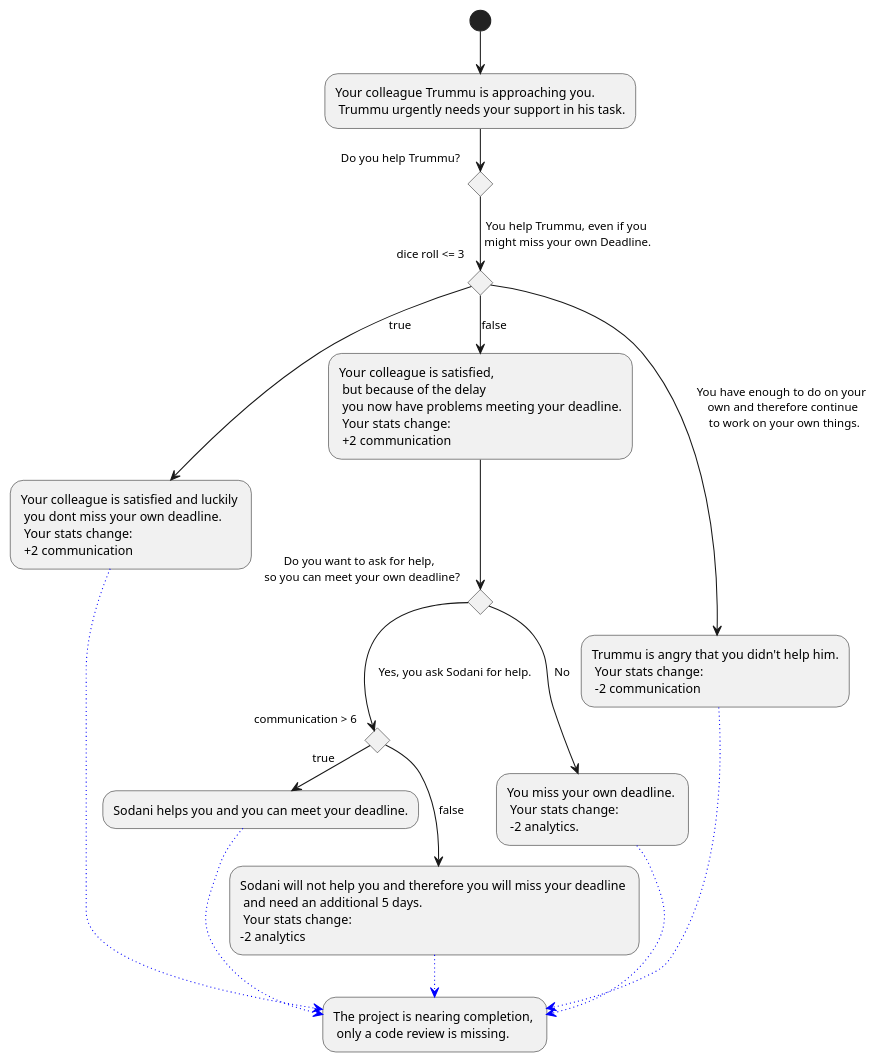
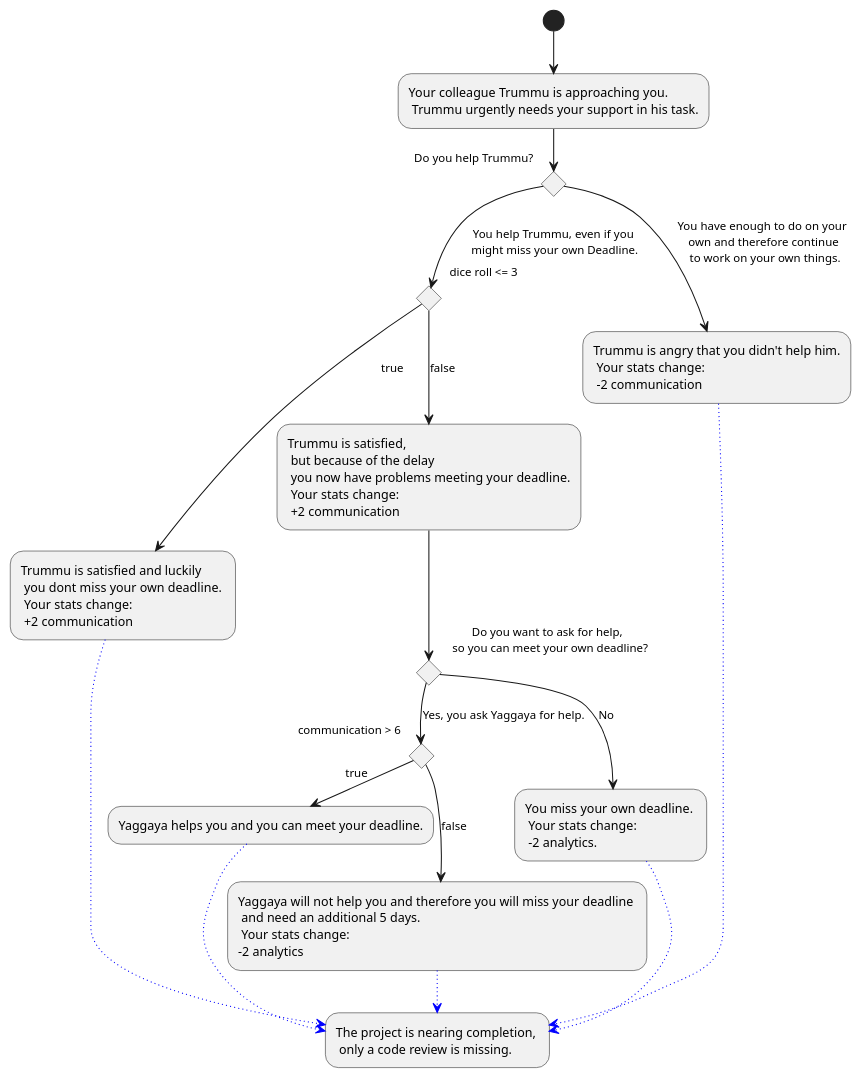
Before and after one commit to Brotenko/QualityQuest: the diagram in Docs/Technical Specifications/docs/diagrams/StoryFlow/StoryFlow_Decision_13.puml, drawn with PlantUML. The commit also changed 11 other files, not shown here.

```diff
--- a/Docs/Technical Specifications/docs/diagrams/StoryFlow/StoryFlow_Decision_13.puml
+++ b/Docs/Technical Specifications/docs/diagrams/StoryFlow/StoryFlow_Decision_13.puml
@@ -1,27 +1,28 @@
 @startuml
 (*) --> "Your colleague Trummu is approaching you.\n Trummu urgently needs your support in his task."
 if "Do you help Trummu?" then 
 --> [You help Trummu, even if you\n might miss your own Deadline.] if "dice roll <= 3" then
---> [true] "Your colleague is satisfied and luckily \n you dont miss your own deadline. \n Your stats change: \n +2 communication" as helpNoProblem
+--> [true] "Trummu is satisfied and luckily \n you dont miss your own deadline. \n Your stats change: \n +2 communication" as helpNoProblem
 else
---> [false] "Your colleague is satisfied, \n but because of the delay \n you now have problems meeting your deadline.\n Your stats change: \n +2 communication"
+--> [false] "Trummu is satisfied, \n but because of the delay \n you now have problems meeting your deadline.\n Your stats change: \n +2 communication"
 if "Do you want to ask for help, \n so you can meet your own deadline?" then 
 --> [No] "You miss your own deadline. \n Your stats change: \n -2 analytics." as alone
+
 else 
---> [Yes, you ask Sodani for help.]if "communication > 6" then 
+--> [Yes, you ask Yaggaya for help.]if "communication > 6" then 
+-right-> [true] "Yaggaya helps you and you can meet your deadline." as getHelp
 
--right-> [true] "Sodani helps you and you can meet your deadline." as getHelp
-else 
 else
---> [false] "Sodani will not help you and therefore you will miss your deadline \n and need an additional 5 days. \n Your stats change: \n-2 analytics"
--[#blue,dotted]-> "The project is nearing completion, \n only a code review is missing." as ende
+--> [false] "Yaggaya will not help you and therefore you will miss your deadline \n and need an additional 5 days. \n Your stats change: \n-2 analytics"
+-[#blue,dotted]-> "The project is nearing completion, \n only a code review is missing." as nextDecision
+endif
 endif
 endif
 else
 --> [You have enough to do on your \n own and therefore continue \n to work on your own things.] "Trummu is angry that you didn't help him.\n Your stats change: \n -2 communication" as noHelp
-endif
-alone -[#blue,dotted]-> ende
-helpNoProblem -[#blue,dotted]-> ende
-getHelp -[#blue,dotted]-> ende
-noHelp -[#blue,dotted]-> ende
+
+alone -[#blue,dotted]-> nextDecision
+helpNoProblem -[#blue,dotted]-> nextDecision
+getHelp -[#blue,dotted]-> nextDecision
+noHelp -[#blue,dotted]-> nextDecision
 @enduml
```
